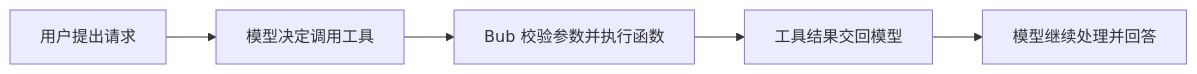
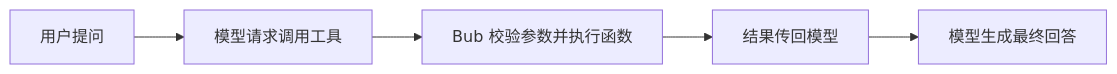
The diagram in website/src/content/docs/zh-cn/docs/sdk/tools.mdx (bubbuild/bub), drawn with Mermaid before and after one commit. The commit also changed other lines of this file and 74 other files, not shown here.

````diff
--- a/website/src/content/docs/zh-cn/docs/sdk/tools.mdx
+++ b/website/src/content/docs/zh-cn/docs/sdk/tools.mdx
@@ -49,7 +49,7 @@
 ```mermaid
 flowchart LR
-    A[用户提出请求] --> B[模型决定调用工具]
+    A[用户提问] --> B[模型请求调用工具]
     B --> C[Bub 校验参数并执行函数]
-    C --> D[工具结果交回模型]
-    D --> E[模型继续处理并回答]
+    C --> D[结果传回模型]
+    D --> E[模型生成最终回答]
 ```
````
